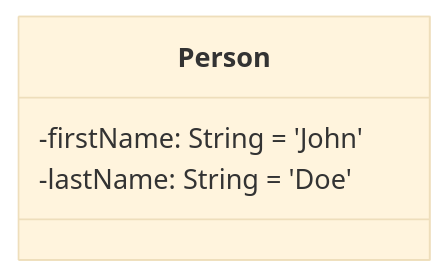
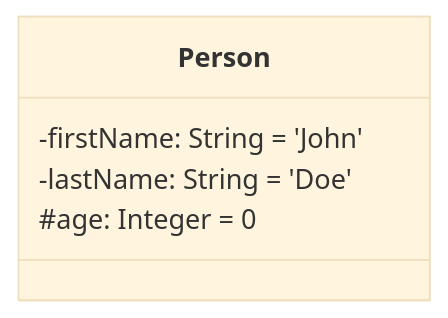
Before and after one commit to lcov29/knowledgeBase: the third of 20 diagrams in IT/SoftwareDevelopment/Engineering/Modeling/UML/structuralDiagrams/uml_class_diagram.md, drawn with Mermaid (base theme). The commit also changed other lines of this file, not shown here.

````diff
--- a/IT/SoftwareDevelopment/Engineering/Modeling/UML/structuralDiagrams/uml_class_diagram.md
+++ b/IT/SoftwareDevelopment/Engineering/Modeling/UML/structuralDiagrams/uml_class_diagram.md
@@ -56,7 +126,8 @@
 ```mermaid
 classDiagram
     class Person {
         -firstName: String = 'John'
         -lastName: String = 'Doe'
+        #age: Integer = 0
     }
 ```
````
